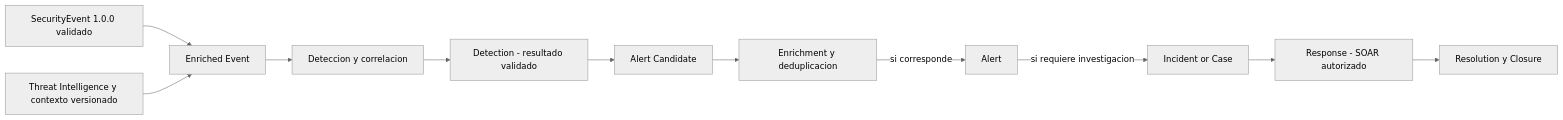
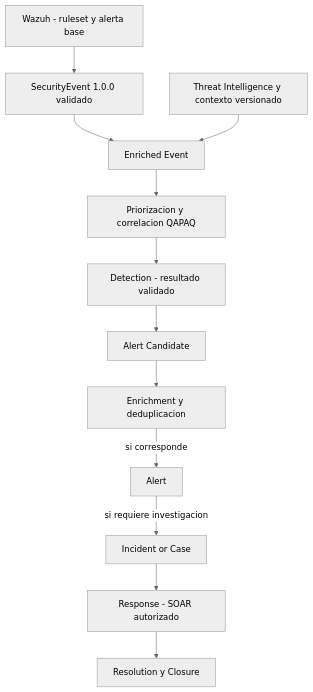
Before and after one commit to CyberStill-GmbH/qapaq-secops: the diagram in docs/diagrams/10-detection-correlation.mmd, drawn with Mermaid (neutral theme). The commit also changed 22 other files, not shown here.

```diff
--- a/docs/diagrams/10-detection-correlation.mmd
+++ b/docs/diagrams/10-detection-correlation.mmd
@@ -1,18 +1,19 @@
-flowchart LR
+flowchart TB
+    WAZUH["Wazuh - ruleset y alerta base"]
     EVENT["SecurityEvent 1.0.0 validado"]
     CTX["Threat Intelligence y contexto versionado"]
     ENR["Enriched Event"]
-    ENGINE["Deteccion y correlacion"]
+    ENGINE["Priorizacion y correlacion QAPAQ"]
     RESULT["Detection - resultado validado"]
     CAND["Alert Candidate"]
     QUALIFY["Enrichment y deduplicacion"]
     ALERT["Alert"]
     SOC["Incident or Case"]
     RESPONSE["Response - SOAR autorizado"]
     CLOSE["Resolution y Closure"]
-    EVENT --> ENR
+    WAZUH --> EVENT --> ENR
     CTX --> ENR
     ENR --> ENGINE --> RESULT --> CAND --> QUALIFY
     QUALIFY -->|si corresponde| ALERT
     ALERT -->|si requiere investigacion| SOC
     SOC --> RESPONSE --> CLOSE
```
